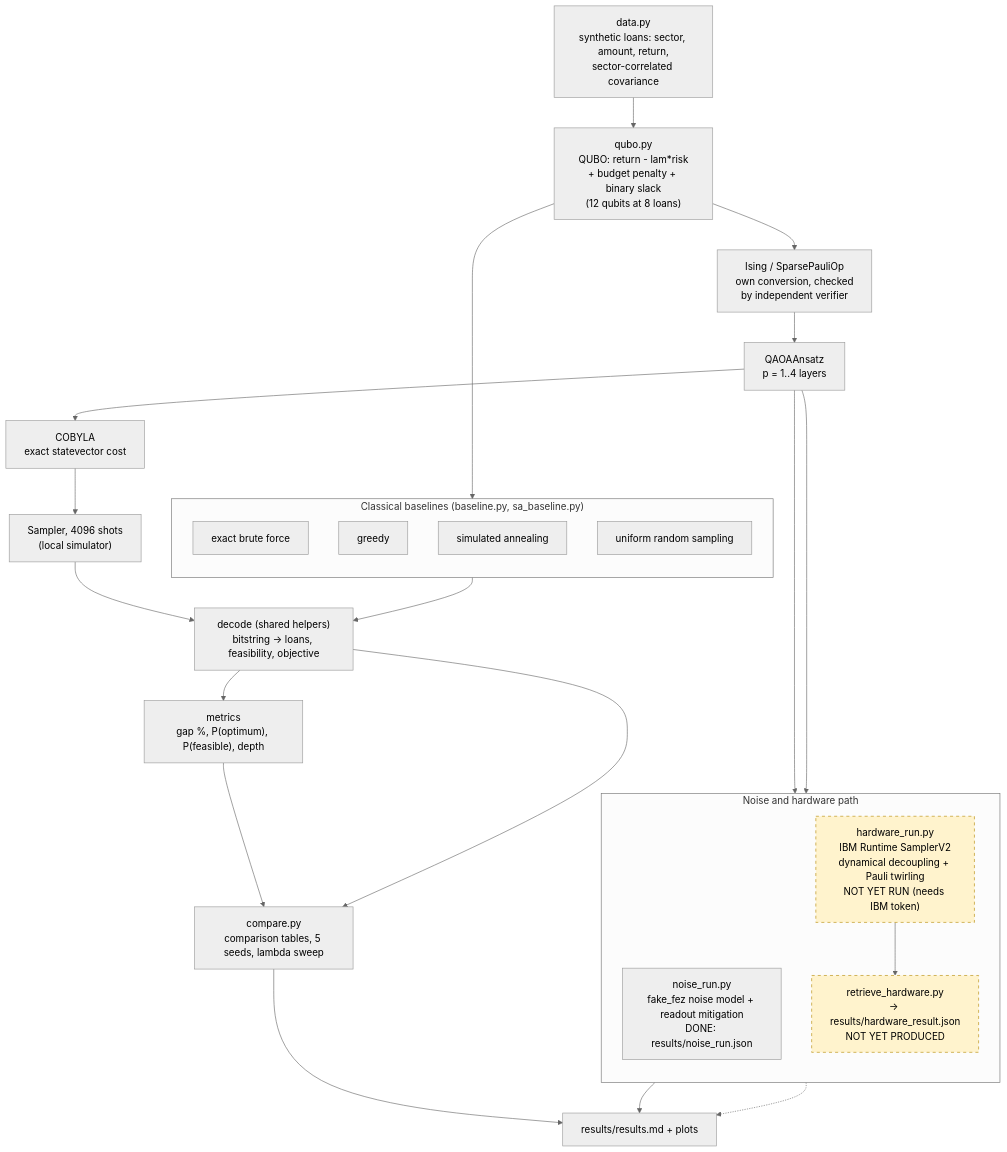
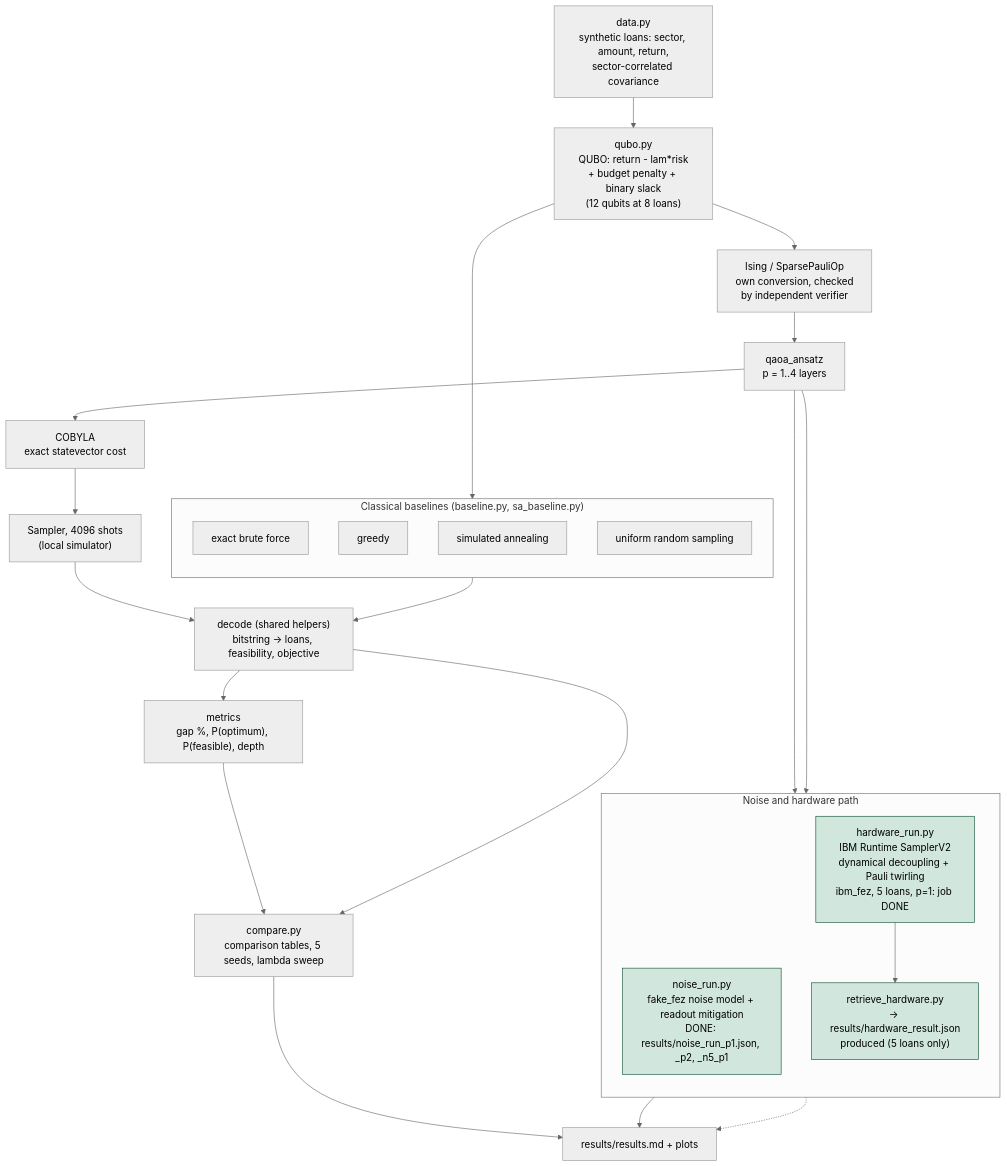
One commit to HV66/qff26-microfinance-qaoa changed the diagram in docs/architecture.mmd. Above: the diagram before and after it, drawn with Mermaid (neutral theme). The commit also changed 4 other files, not shown here.

First line of the commit message:
docs: architecture diagram, logical vs transpiled depth, hardware job, <H> note

```diff
--- a/docs/architecture.mmd
+++ b/docs/architecture.mmd
@@ -1,43 +1,43 @@
 flowchart TD
     D["data.py<br/>synthetic loans: sector, amount, return,<br/>sector-correlated covariance"]
     Q["qubo.py<br/>QUBO: return - lam*risk<br/>+ budget penalty + binary slack<br/>(12 qubits at 8 loans)"]
     I["Ising / SparsePauliOp<br/>own conversion, checked<br/>by independent verifier"]
-    A["QAOAAnsatz<br/>p = 1..4 layers"]
+    A["qaoa_ansatz<br/>p = 1..4 layers"]
     C["COBYLA<br/>exact statevector cost"]
     S["Sampler, 4096 shots<br/>(local simulator)"]
     DEC["decode (shared helpers)<br/>bitstring -> loans, feasibility, objective"]
     M["metrics<br/>gap %, P(optimum), P(feasible), depth"]
 
     subgraph CL["Classical baselines (baseline.py, sa_baseline.py)"]
         direction TB
         BF["exact brute force"]
         GR["greedy"]
         SA["simulated annealing"]
         RN["uniform random sampling"]
     end
 
     CMP["compare.py<br/>comparison tables, 5 seeds, lambda sweep"]
     RES["results/results.md + plots"]
 
     subgraph HW["Noise and hardware path"]
         direction TB
-        NZ["noise_run.py<br/>fake_fez noise model + readout mitigation<br/>DONE: results/noise_run.json"]
-        HR["hardware_run.py<br/>IBM Runtime SamplerV2<br/>dynamical decoupling + Pauli twirling<br/>NOT YET RUN (needs IBM token)"]
-        RH["retrieve_hardware.py<br/>-> results/hardware_result.json<br/>NOT YET PRODUCED"]
+        NZ["noise_run.py<br/>fake_fez noise model + readout mitigation<br/>DONE: results/noise_run_p1.json, _p2, _n5_p1"]
+        HR["hardware_run.py<br/>IBM Runtime SamplerV2<br/>dynamical decoupling + Pauli twirling<br/>ibm_fez, 5 loans, p=1: job DONE"]
+        RH["retrieve_hardware.py<br/>-> results/hardware_result.json<br/>produced (5 loans only)"]
         HR --> RH
     end
 
     D --> Q
     Q --> I --> A --> C --> S --> DEC --> M
     Q --> CL
     CL --> DEC
     M --> CMP
     DEC --> CMP
     CMP --> RES
     A --> NZ
     A --> HR
     NZ --> RES
     RH -.-> RES
 
-    classDef notrun fill:#fff3cd,stroke:#b58900,stroke-dasharray: 5 5,color:#000;
-    class HR,RH notrun;
+    classDef done fill:#d1e7dd,stroke:#0f5132,color:#000;
+    class HR,RH,NZ done;
```
